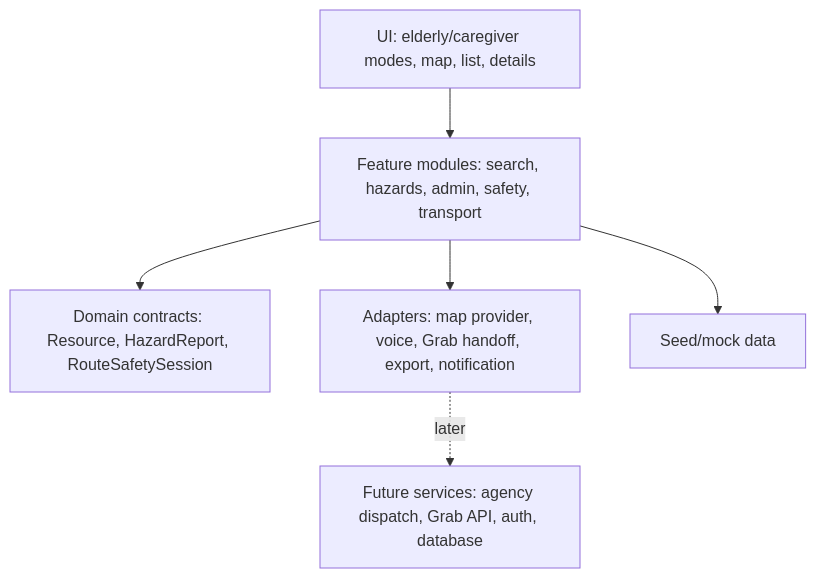
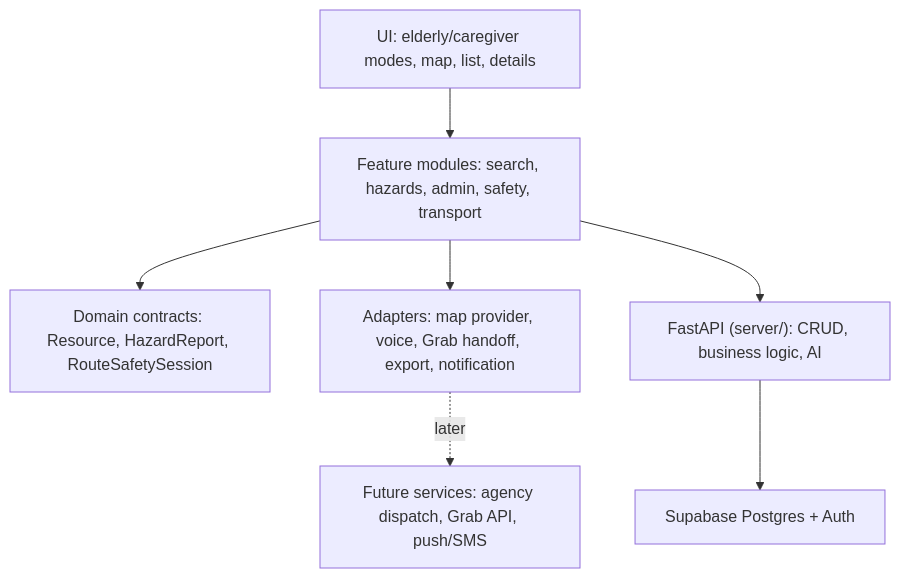
The diagram in docs/system-design/architecture.md (julius-gwee/GoodBois), drawn with Mermaid before and after one commit. The commit also changed other lines of this file, not shown here.

First line of the commit message:
docs: align architecture.md with locked tech stack

````diff
--- a/docs/system-design/architecture.md
+++ b/docs/system-design/architecture.md
@@ -24,15 +22,17 @@
 ```mermaid
 flowchart TD
   UI["UI: elderly/caregiver modes, map, list, details"]
   Features["Feature modules: search, hazards, admin, safety, transport"]
   Domain["Domain contracts: Resource, HazardReport, RouteSafetySession"]
   Adapters["Adapters: map provider, voice, Grab handoff, export, notification"]
-  Seed["Seed/mock data"]
-  Future["Future services: agency dispatch, Grab API, auth, database"]
+  API["FastAPI (server/): CRUD, business logic, AI"]
+  DB["Supabase Postgres + Auth"]
+  Future["Future services: agency dispatch, Grab API, push/SMS"]
 
   UI --> Features
   Features --> Domain
   Features --> Adapters
-  Features --> Seed
+  Features --> API
+  API --> DB
   Adapters -. later .-> Future
 ```
````
